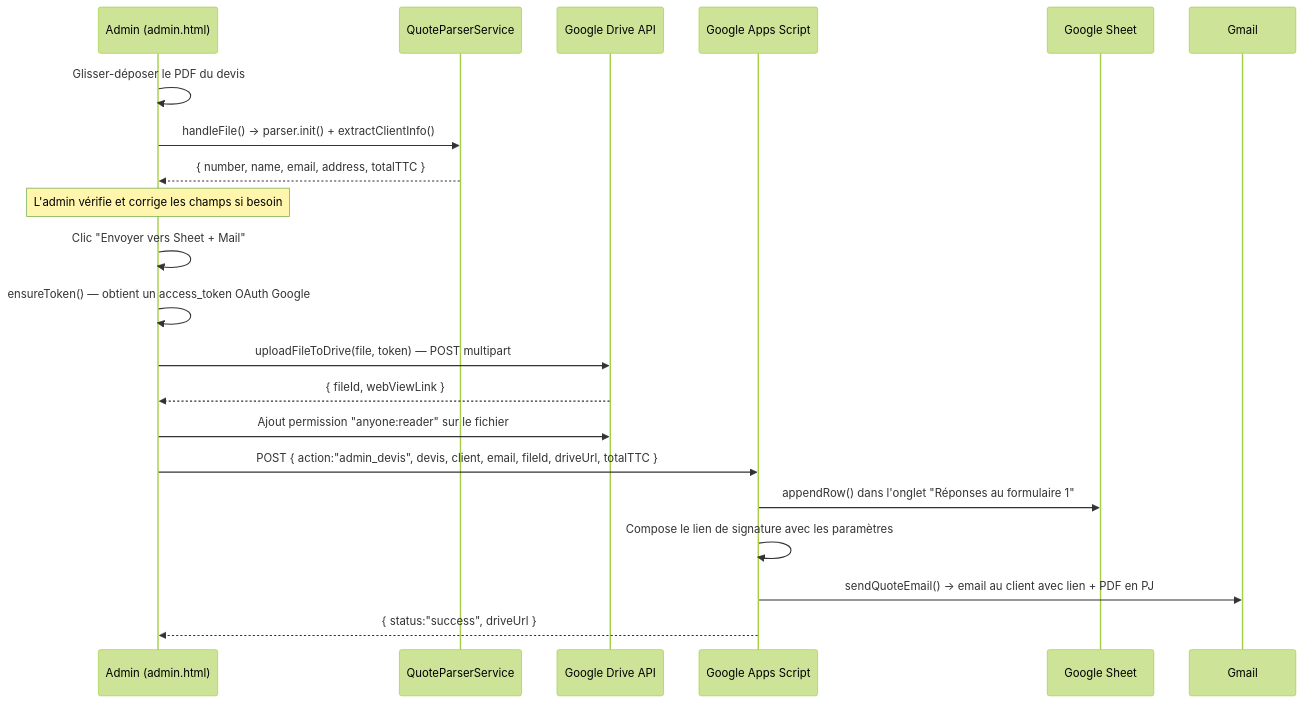
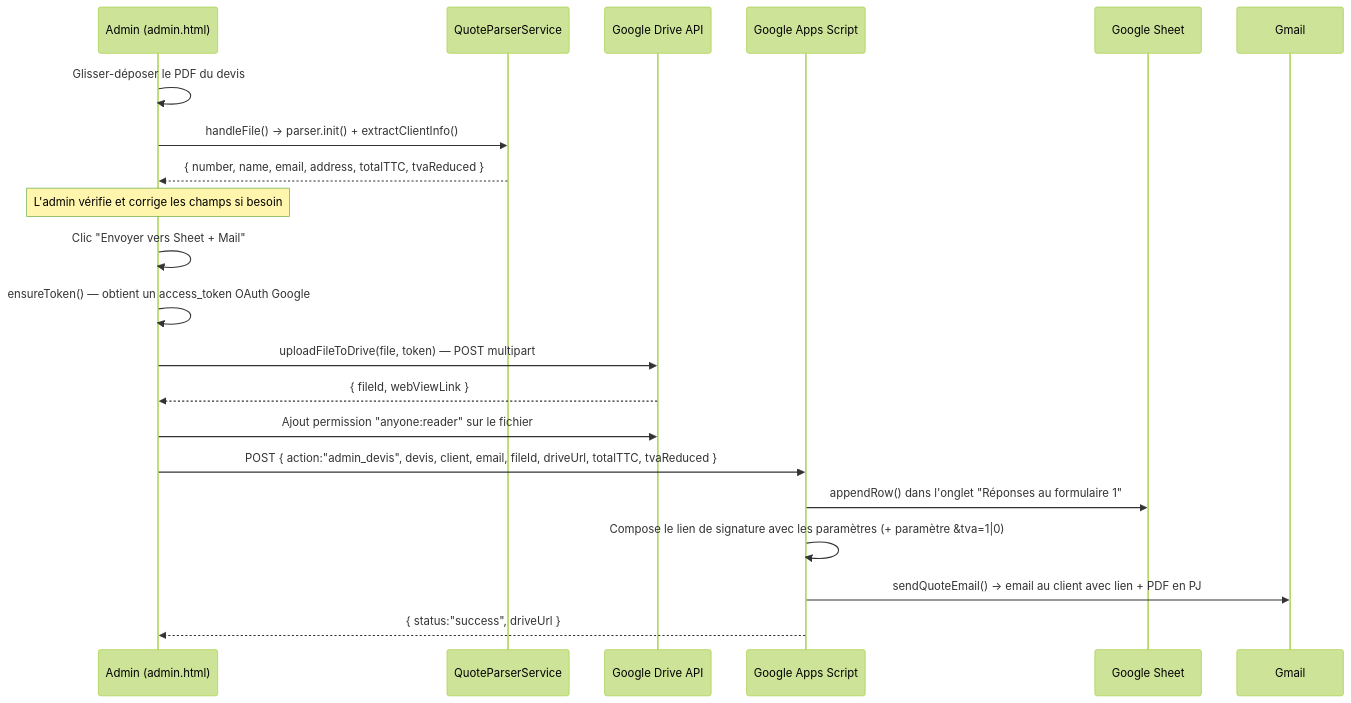
One commit to SARANGE-PRO/SignatureDevis changed the first of 2 diagrams in ARCHITECTURE.MD. Above: the diagram before and after it, drawn with Mermaid (forest theme). The commit also changed other lines of this file, not shown here.

Commit message:
Docs: mise à jour globale et détaillée de l'architecture

````diff
--- a/ARCHITECTURE.MD
+++ b/ARCHITECTURE.MD
@@ -142,26 +144,26 @@
 ```mermaid
 sequenceDiagram
     participant A as Admin (admin.html)
     participant P as QuoteParserService
     participant GD as Google Drive API
     participant GAS as Google Apps Script
     participant GS as Google Sheet
     participant GM as Gmail
 
     A->>A: Glisser-déposer le PDF du devis
     A->>P: handleFile() → parser.init() + extractClientInfo()
-    P-->>A: { number, name, email, address, totalTTC }
+    P-->>A: { number, name, email, address, totalTTC, tvaReduced }
     Note over A: L'admin vérifie et corrige les champs si besoin
 
     A->>A: Clic "Envoyer vers Sheet + Mail"
     A->>A: ensureToken() — obtient un access_token OAuth Google
     A->>GD: uploadFileToDrive(file, token) — POST multipart
     GD-->>A: { fileId, webViewLink }
     A->>GD: Ajout permission "anyone:reader" sur le fichier
 
-    A->>GAS: POST { action:"admin_devis", devis, client, email, fileId, driveUrl, totalTTC }
+    A->>GAS: POST { action:"admin_devis", devis, client, email, fileId, driveUrl, totalTTC, tvaReduced }
     GAS->>GS: appendRow() dans l'onglet "Réponses au formulaire 1"
-    GAS->>GAS: Compose le lien de signature avec les paramètres
+    GAS->>GAS: Compose le lien de signature avec les paramètres (+ paramètre &tva=1|0)
     GAS->>GM: sendQuoteEmail() → email au client avec lien + PDF en PJ
     GAS-->>A: { status:"success", driveUrl }
 ```
````
